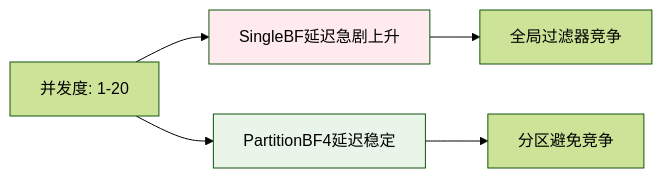
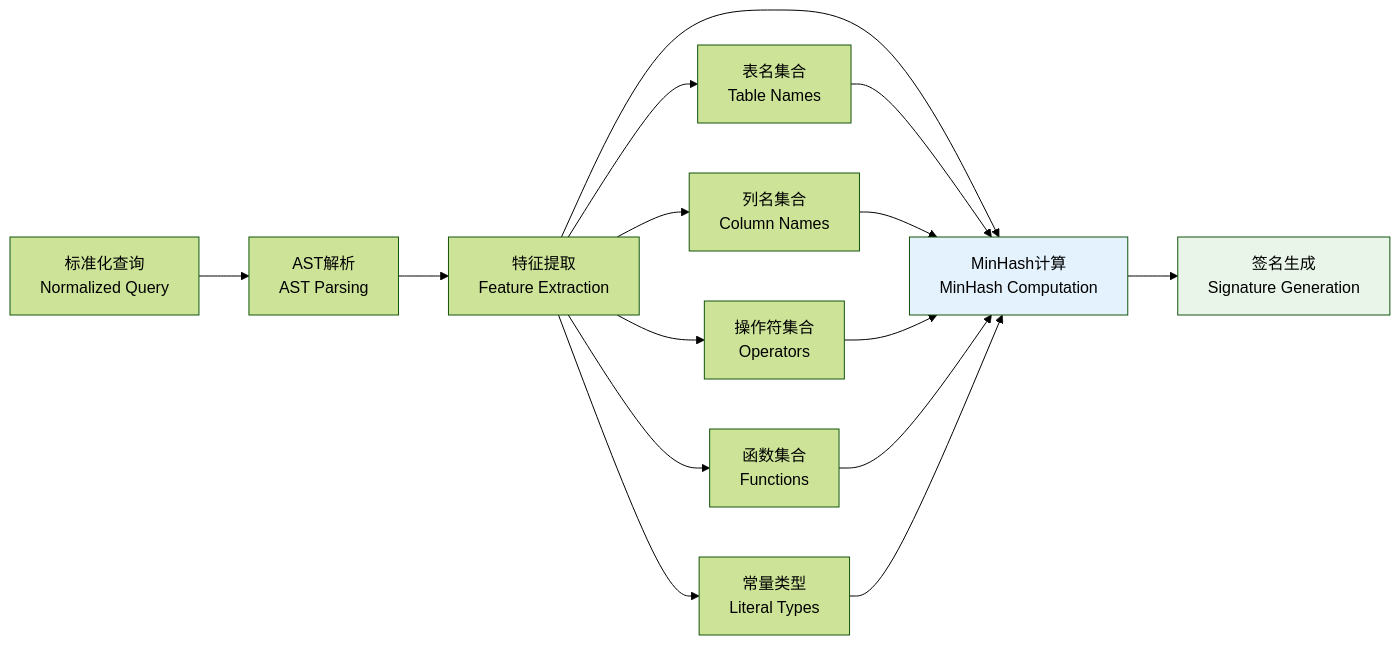
The fourth of 13 diagrams in md/第三章-动态缓存管理.md (crazypenguincode/duckdb), drawn with Mermaid (forest theme) before and after one commit. The commit also changed other lines of this file and 4 other files, not shown here.

````diff
--- a/md/第三章-动态缓存管理.md
+++ b/md/第三章-动态缓存管理.md
@@ -78,11 +382,22 @@
 ```mermaid
 graph LR
-    A[并发度: 1-20] --> B[SingleBF延迟急剧上升]
-    A --> C[PartitionBF4延迟稳定]
+    A[标准化查询<br/>Normalized Query] --> B[AST解析<br/>AST Parsing]
+    B --> C[特征提取<br/>Feature Extraction]
+    C --> D[MinHash计算<br/>MinHash Computation]
+    D --> E[签名生成<br/>Signature Generation]
     
-    B --> D[全局过滤器竞争]
-    C --> E[分区避免竞争]
+    C --> C1[表名集合<br/>Table Names]
+    C --> C2[列名集合<br/>Column Names]
+    C --> C3[操作符集合<br/>Operators]
+    C --> C4[函数集合<br/>Functions]
+    C --> C5[常量类型<br/>Literal Types]
     
-    style B fill:#ffebee
-    style C fill:#e8f5e8
+    C1 --> D
+    C2 --> D
+    C3 --> D
+    C4 --> D
+    C5 --> D
+    
+    style D fill:#e3f2fd
+    style E fill:#e8f5e8
 ```
````
